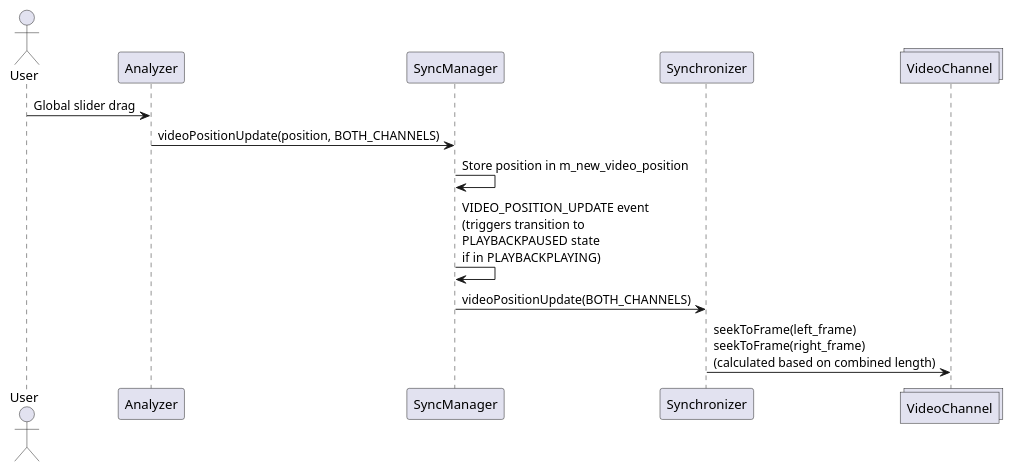
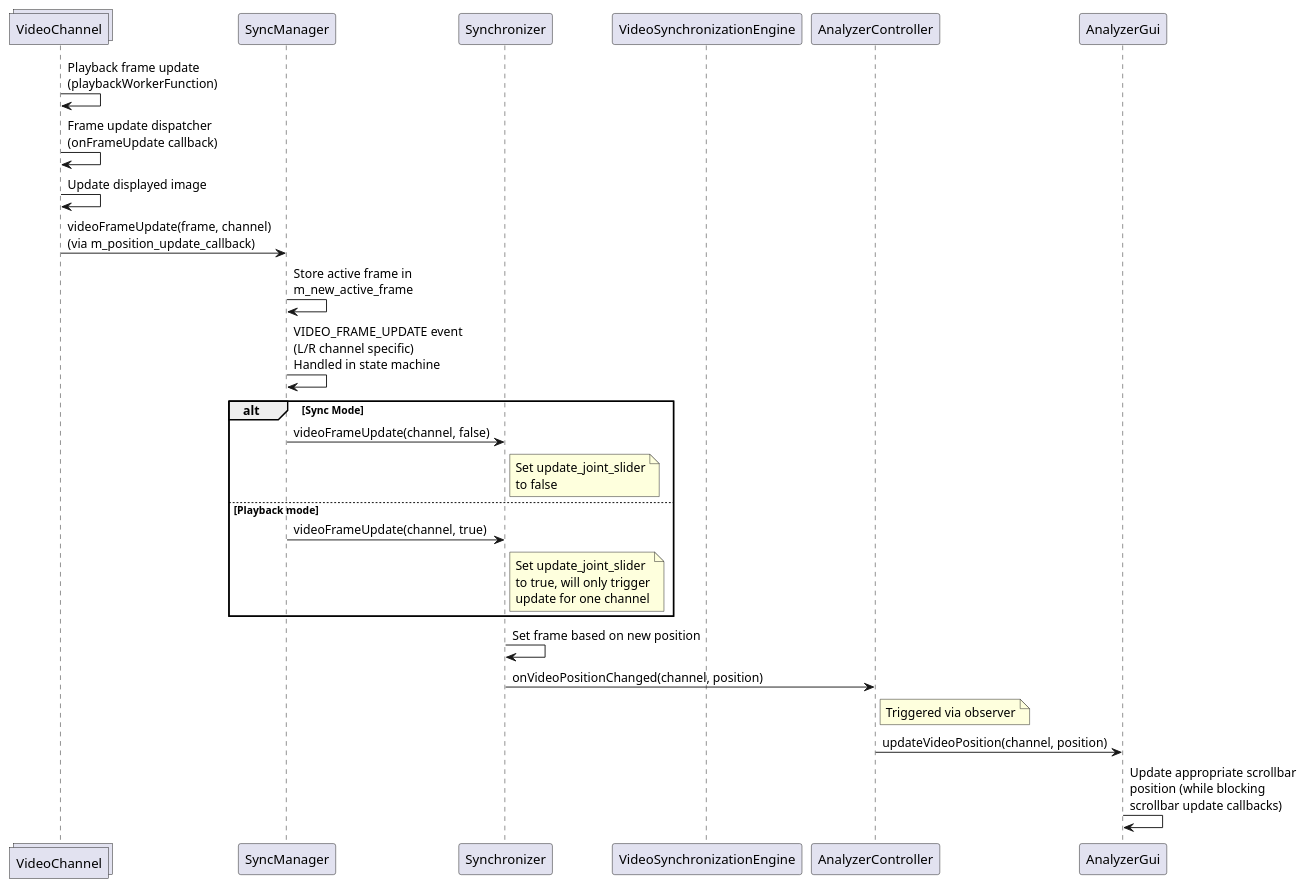
Before and after one commit to timwalsh41/SwingAnalyzer: the fourth of 6 diagrams in design/Scroll bar synchronization.md, drawn with PlantUML. The commit also changed other lines of this file and 2 other files, not shown here.

Commit message:
Updated scroll bar synchronization documentation

````diff
--- a/design/Scroll bar synchronization.md
+++ b/design/Scroll bar synchronization.md
@@ -52,18 +153,31 @@
 ```plantuml
 @startuml
 
-actor User
-participant Analyzer
+collections VideoChannel
 participant SyncManager
 participant Synchronizer
-collections VideoChannel
+participant VideoSynchronizationEngine
+participant AnalyzerController
+participant AnalyzerGui
 
-User -> Analyzer : Global slider drag
-Analyzer -> SyncManager : videoPositionUpdate(position, BOTH_CHANNELS)
-SyncManager -> SyncManager : Store position in m_new_video_position
-SyncManager -> SyncManager : VIDEO_POSITION_UPDATE event\n(triggers transition to\nPLAYBACKPAUSED state\nif in PLAYBACKPLAYING)
-SyncManager -> Synchronizer : videoPositionUpdate(BOTH_CHANNELS)
-Synchronizer -> VideoChannel : seekToFrame(left_frame)\nseekToFrame(right_frame)\n(calculated based on combined length)
+VideoChannel -> VideoChannel : Playback frame update\n(playbackWorkerFunction)
+VideoChannel -> VideoChannel : Frame update dispatcher\n(onFrameUpdate callback)
+VideoChannel -> VideoChannel : Update displayed image
+VideoChannel -> SyncManager : videoFrameUpdate(frame, channel)\n(via m_position_update_callback)
+SyncManager -> SyncManager : Store active frame in\nm_new_active_frame
+SyncManager -> SyncManager : VIDEO_FRAME_UPDATE event\n(L/R channel specific)\nHandled in state machine
+alt Sync Mode
+    SyncManager -> Synchronizer : videoFrameUpdate(channel, false)
+    note right of Synchronizer : Set update_joint_slider\nto false
+else Playback mode
+    SyncManager -> Synchronizer : videoFrameUpdate(channel, true)
+    note right of Synchronizer : Set update_joint_slider\nto true, will only trigger\nupdate for one channel
+end alt
+Synchronizer -> Synchronizer : Set frame based on new position
+Synchronizer -> AnalyzerController : onVideoPositionChanged(channel, position)
+note right of AnalyzerController: Triggered via observer
+AnalyzerController -> AnalyzerGui : updateVideoPosition(channel, position)
+AnalyzerGui -> AnalyzerGui : Update appropriate scrollbar\nposition (while blocking\nscrollbar update callbacks)
 
 @enduml
 ```
````
